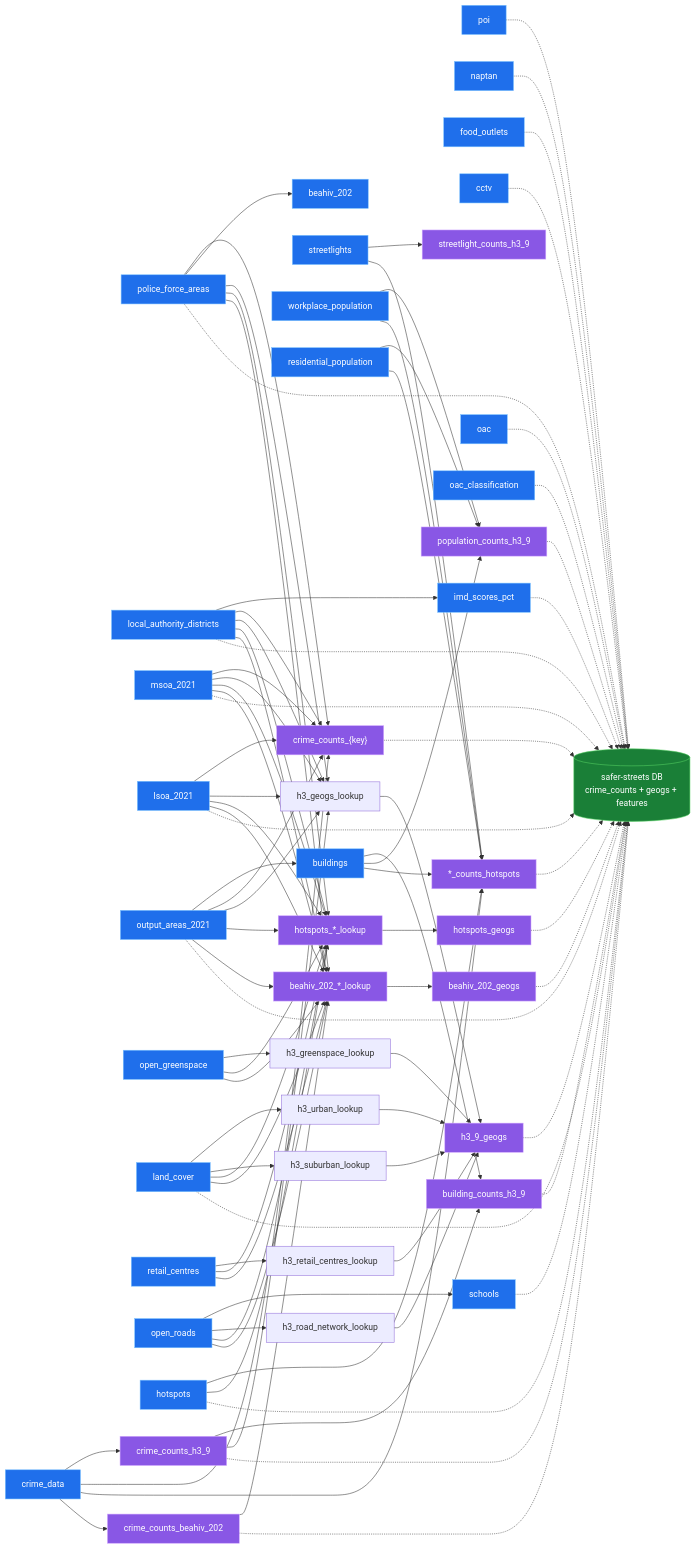
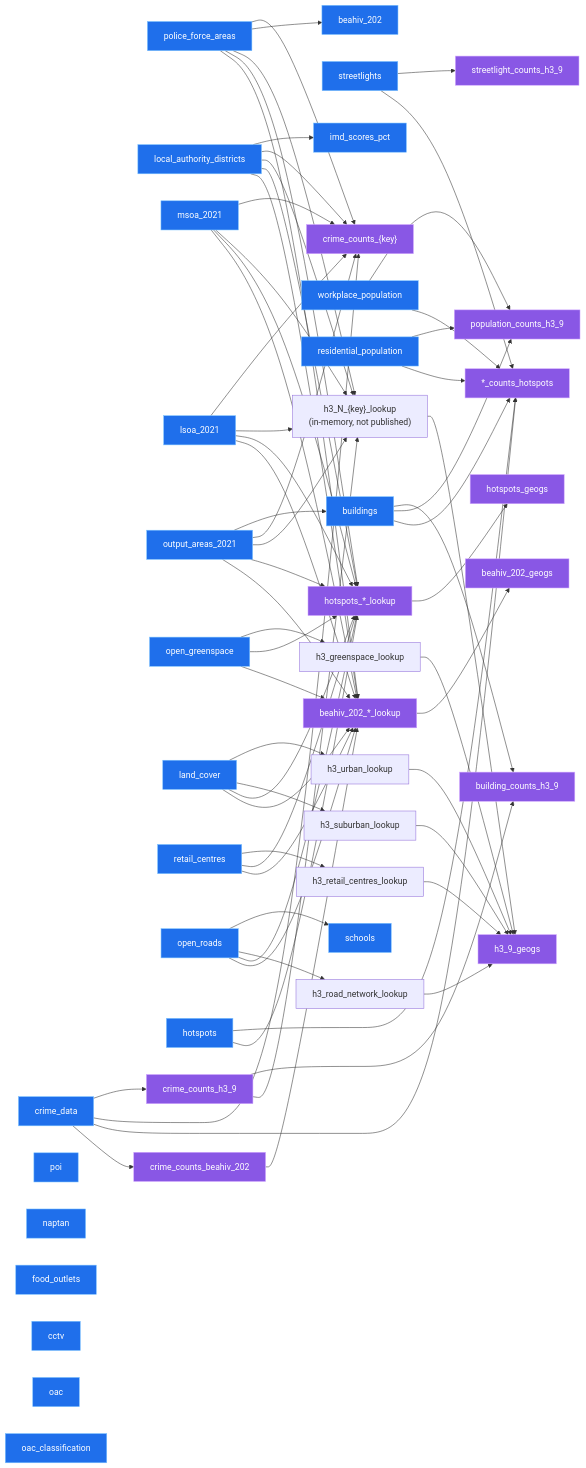
The diagram in README.md (safer-streets/safer-streets-tooling), drawn with Mermaid before and after one commit. The commit also changed other lines of this file and 32 other files, not shown here.

````diff
--- a/README.md
+++ b/README.md
@@ -96,7 +95,7 @@
    streetlight_counts_h3_9
    building_counts_h3_9
    population_counts_h3_9
-   h3_geogs_lookup
+   h3_geogs_lookup["h3_N_{key}_lookup<br/>(in-memory, not published)"]
    h3_greenspace_lookup
    h3_urban_lookup
    h3_suburban_lookup
@@ -111,7 +110,6 @@
    beahiv_202_geogs
 
    direction LR
-   database[("safer-streets DB<br/>crime_counts + geogs + features")]
 
     %% extract edges
     open_roads --> schools
@@ -184,37 +182,9 @@
     retail_centres --> beahiv_lookups
     beahiv_lookups --> beahiv_202_geogs
 
-    %% load edges (optional): minimal DB = crime counts + geogs + ONS boundary tables + feature layers; --include adds more
-    crime_counts_h3_9 -.-> database
-    crime_counts_geog -.-> database
-    building_counts_h3_9 -.-> database
-    population_counts_h3_9 -.-> database
-    h3_9_geogs -.-> database
-    hotspot_counts -.-> database
-    hotspots_geogs -.-> database
-    crime_counts_beahiv_202 -.-> database
-    beahiv_202_geogs -.-> database
-    hotspots -.-> database
-    police_force_areas -.-> database
-    local_authority_districts -.-> database
-    msoa_2021 -.-> database
-    lsoa_2021 -.-> database
-    output_areas_2021 -.-> database
-    schools -.-> database
-    poi -.-> database
-    naptan -.-> database
-    food_outlets -.-> database
-    cctv -.-> database
-    imd_scores_pct -.-> database
-    land_cover -.-> database
-    oac -.-> database
-    oac_classification -.-> database
-
     %% colour by phase, tuned for dark backgrounds (white text on saturated fills, light strokes)
     classDef extract fill:#1f6feb,stroke:#79c0ff,stroke-width:1px,color:#ffffff;
     classDef transform fill:#8957e5,stroke:#d2a8ff,stroke-width:1px,color:#ffffff;
-    classDef load fill:#1a7f37,stroke:#56d364,stroke-width:1px,color:#ffffff;
     class crime_data,police_force_areas,local_authority_districts,msoa_2021,lsoa_2021,output_areas_2021,open_greenspace,land_cover,buildings,retail_centres,open_roads,poi,naptan,food_outlets,streetlights,cctv,schools,imd_scores_pct,oac,oac_classification,workplace_population,residential_population,beahiv_202,hotspots extract;
     class crime_counts_h3_9,crime_counts_geog,streetlight_counts_h3_9,building_counts_h3_9,population_counts_h3_9,h3_9_geogs,hotspot_counts,hotspot_lookups,hotspots_geogs,crime_counts_beahiv_202,beahiv_lookups,beahiv_202_geogs transform;
-    class database load;
 ```
````
